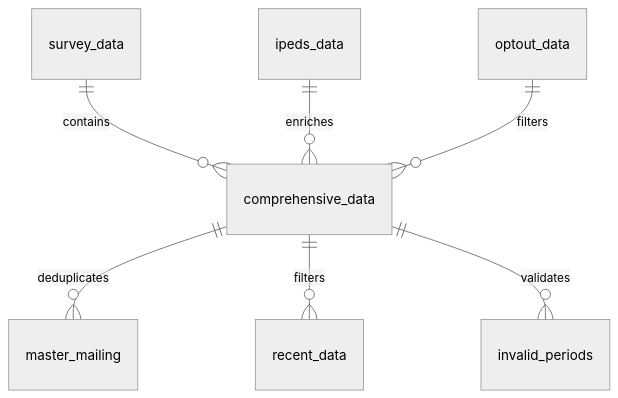
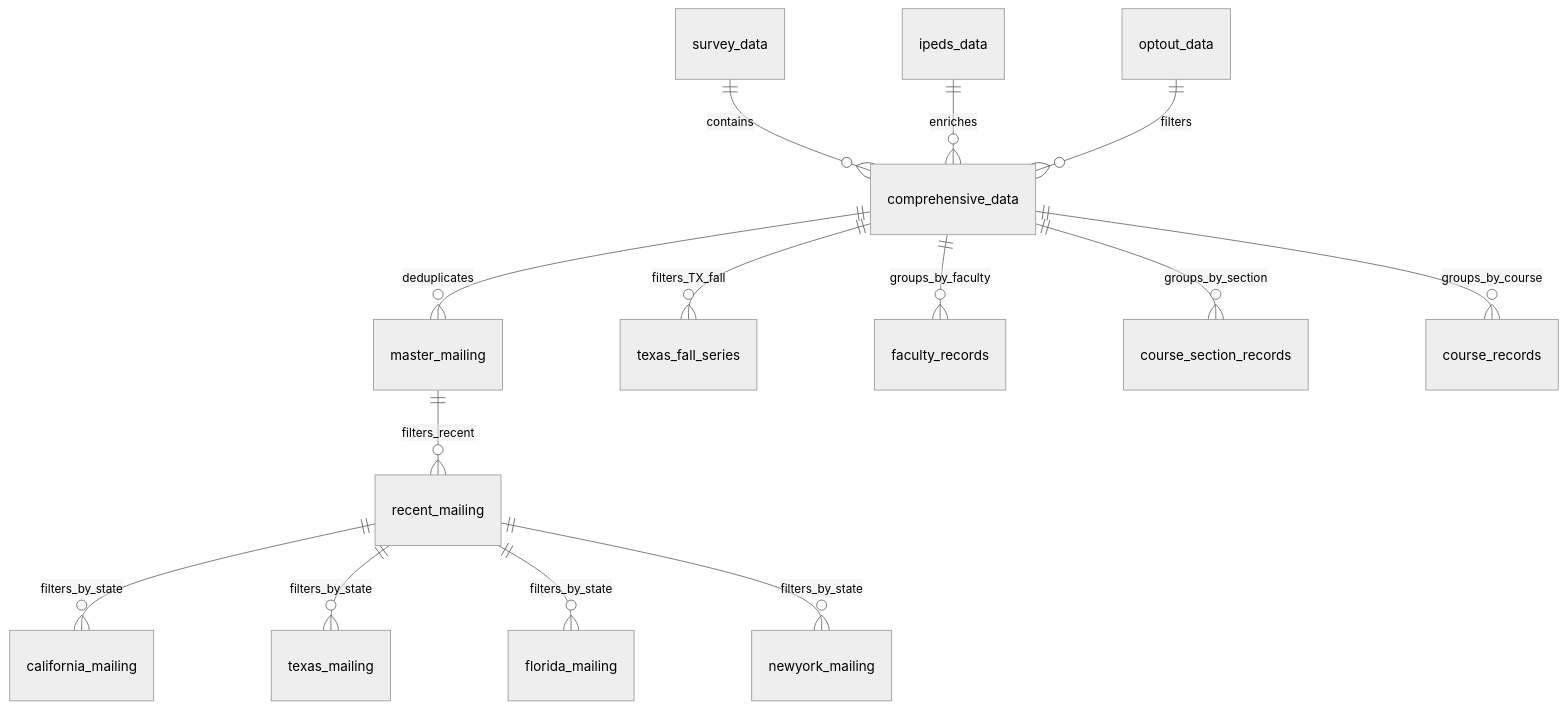
The first of 2 diagrams in docs/data_dictionary.md (christopherseaman/commodoreSQL), drawn with Mermaid (neutral theme) before and after one commit. The commit also changed other lines of this file and 8 other files, not shown here.

````diff
--- a/docs/data_dictionary.md
+++ b/docs/data_dictionary.md
@@ -87,9 +132,20 @@
 ```mermaid
 erDiagram
     survey_data ||--o{ comprehensive_data : contains
     ipeds_data ||--o{ comprehensive_data : enriches
     optout_data ||--o{ comprehensive_data : filters
+    
     comprehensive_data ||--o{ master_mailing : deduplicates
-    comprehensive_data ||--o{ recent_data : filters
-    comprehensive_data ||--o{ invalid_periods : validates
+    master_mailing ||--o{ recent_mailing : filters_recent
+    
+    recent_mailing ||--o{ california_mailing : filters_by_state
+    recent_mailing ||--o{ texas_mailing : filters_by_state
+    recent_mailing ||--o{ florida_mailing : filters_by_state
+    recent_mailing ||--o{ newyork_mailing : filters_by_state
+    
+    comprehensive_data ||--o{ texas_fall_series : filters_TX_fall
+    
+    comprehensive_data ||--o{ faculty_records : groups_by_faculty
+    comprehensive_data ||--o{ course_section_records : groups_by_section
+    comprehensive_data ||--o{ course_records : groups_by_course
 ```
````
